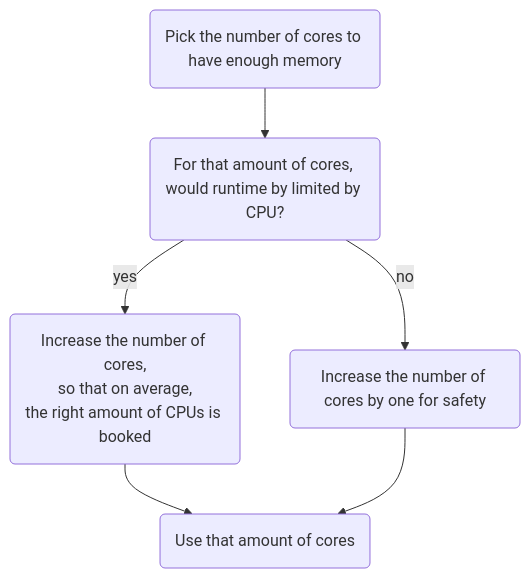
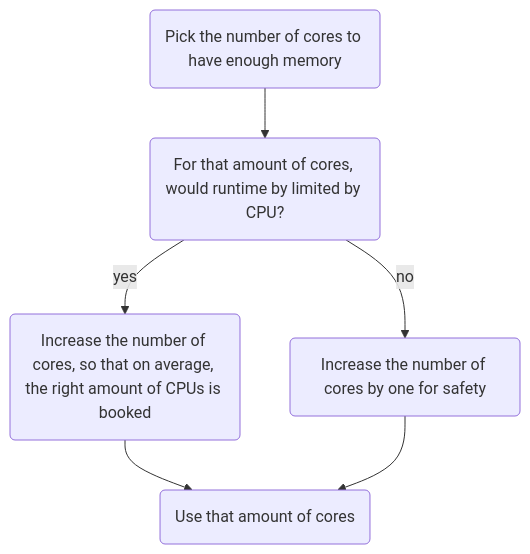
The second of 2 diagrams in docs/software/jobstats.md (UPPMAX/UPPMAX-documentation), drawn with Mermaid before and after one commit. The commit also changed 6 other files, not shown here.

````diff
--- a/docs/software/jobstats.md
+++ b/docs/software/jobstats.md
@@ -108,16 +108,16 @@
 ```mermaid
 flowchart TD
   lower_limit_based_on_memory(Pick the number of cores to have enough memory)
   limited_by_cpu(For that amount of cores, would runtime by limited by CPU?)
-  lower_limit_based_on_cpu(Increase the number of cores,\nso that on average,\nthe right amount of CPUs is booked)
+  lower_limit_based_on_cpu(Increase the number of cores, so that on average, the right amount of CPUs is booked)
 
   done(Use that amount of cores)
 
   add_one(Increase the number of cores by one for safety)
 
   lower_limit_based_on_memory --> limited_by_cpu
   limited_by_cpu --> |no| add_one
   limited_by_cpu --> |yes| lower_limit_based_on_cpu
   lower_limit_based_on_cpu --> done
   add_one --> done
 ```
````
